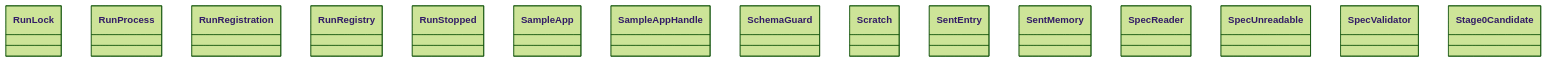
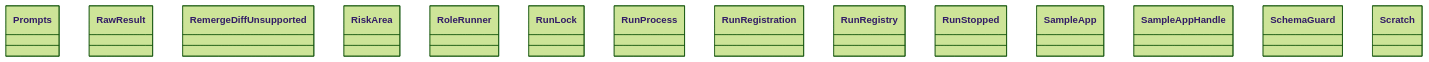
The diagram in docs/architecture/generated/classes-process-application-support-5.md (GonzaloZevallos/agentic-system), drawn with Mermaid (forest theme) before and after one commit. The commit also changed other lines of this file and 28 other files, not shown here.

````diff
--- a/docs/architecture/generated/classes-process-application-support-5.md
+++ b/docs/architecture/generated/classes-process-application-support-5.md
@@ -19,18 +20,17 @@
 ```mermaid
 classDiagram
+    class ports__Prompts["Prompts"]
+    class ports__RawResult["RawResult"]
+    class ports__RemergeDiffUnsupported["RemergeDiffUnsupported"]
+    class ports__RiskArea["RiskArea"]
+    class ports__RoleRunner["RoleRunner"]
     class ports__RunLock["RunLock"]
     class ports__RunProcess["RunProcess"]
     class ports__RunRegistration["RunRegistration"]
     class ports__RunRegistry["RunRegistry"]
     class ports__RunStopped["RunStopped"]
     class ports__SampleApp["SampleApp"]
     class ports__SampleAppHandle["SampleAppHandle"]
     class ports__SchemaGuard["SchemaGuard"]
     class ports__Scratch["Scratch"]
-    class ports__SentEntry["SentEntry"]
-    class ports__SentMemory["SentMemory"]
-    class ports__SpecReader["SpecReader"]
-    class ports__SpecUnreadable["SpecUnreadable"]
-    class ports__SpecValidator["SpecValidator"]
-    class ports__Stage0Candidate["Stage0Candidate"]
 ```
````
